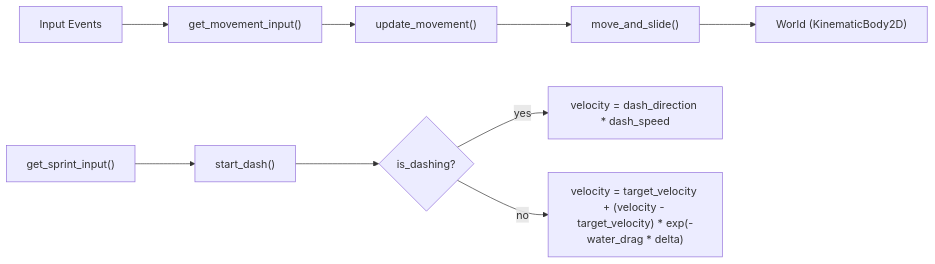
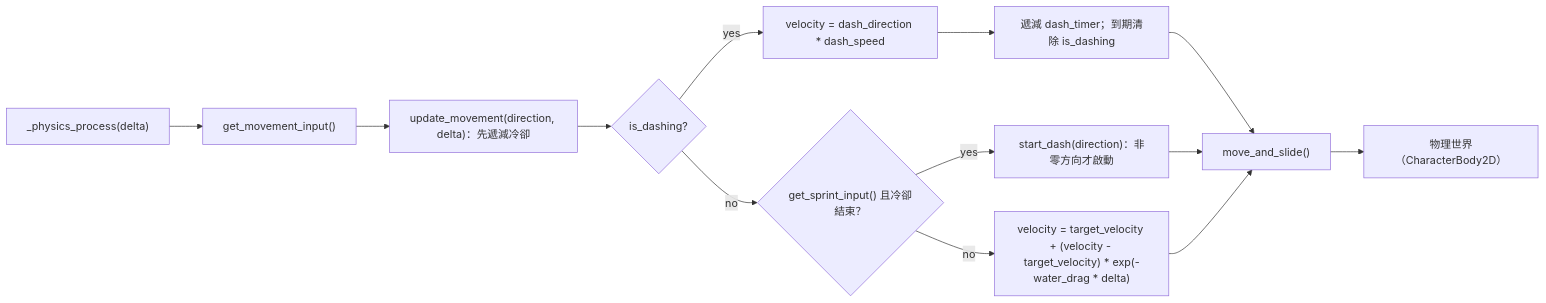
Before and after one commit to emmetthor/Our_Games_1.0: the diagram in docs/架構/player.md, drawn with Mermaid. The commit also changed other lines of this file and 1 other file, not shown here.

````diff
--- a/docs/架構/player.md
+++ b/docs/架構/player.md
@@ -23,11 +25,15 @@
 ```mermaid
 flowchart LR
-    Input["Input Events"] --> get_vector["get_movement_input()"]
-    get_vector --> update["update_movement()"]
-    update --> move_and_slide["move_and_slide()"]
-    move_and_slide --> World["World (KinematicBody2D)"]
-    get_sprint["get_sprint_input()"] --> start_dash["start_dash()"]
-    start_dash --> is_dashing{"is_dashing?"}
+    physics["_physics_process(delta)"] --> get_vector["get_movement_input()"]
+    get_vector --> update["update_movement(direction, delta)：先遞減冷卻"]
+    update --> is_dashing{"is_dashing?"}
     is_dashing -->|yes| velocity_dash["velocity = dash_direction * dash_speed"]
-    is_dashing -->|no| velocity_normal["velocity = target_velocity + (velocity - target_velocity) * exp(-water_drag * delta)"]
+    velocity_dash --> timer["遞減 dash_timer；到期清除 is_dashing"]
+    is_dashing -->|no| get_sprint{"get_sprint_input() 且冷卻結束？"}
+    get_sprint -->|yes| start_dash["start_dash(direction)：非零方向才啟動"]
+    get_sprint -->|no| velocity_normal["velocity = target_velocity + (velocity - target_velocity) * exp(-water_drag * delta)"]
+    timer --> move_and_slide["move_and_slide()"]
+    start_dash --> move_and_slide
+    velocity_normal --> move_and_slide
+    move_and_slide --> World["物理世界（CharacterBody2D）"]
 ```
````
